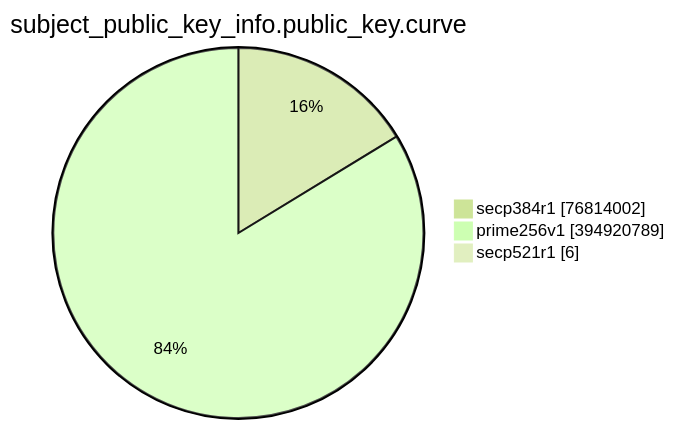
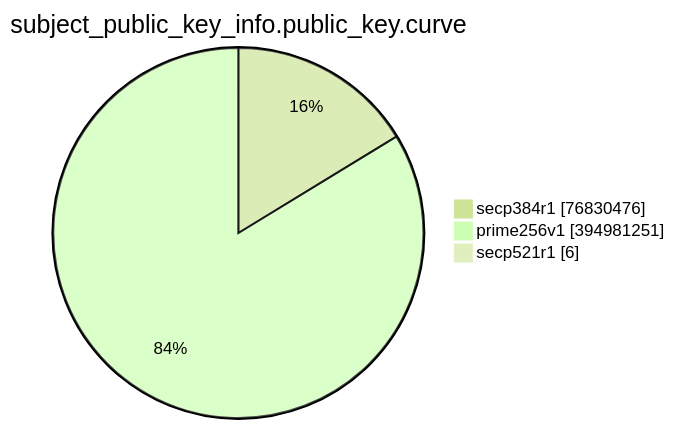
Before and after one commit to christiankrug/ctmonitor_visualization: the eighth of 15 diagrams in TOTAL/README.md, drawn with Mermaid (forest theme). The commit also changed other lines of this file, not shown here.

````diff
--- a/TOTAL/README.md
+++ b/TOTAL/README.md
@@ -3094,7 +3094,7 @@
 ```mermaid
 pie showData
 title subject_public_key_info.public_key.curve
-"secp384r1" :76814002
-"prime256v1" :394920789
+"secp384r1" :76830476
+"prime256v1" :394981251
 "secp521r1" :6
 ```
````
